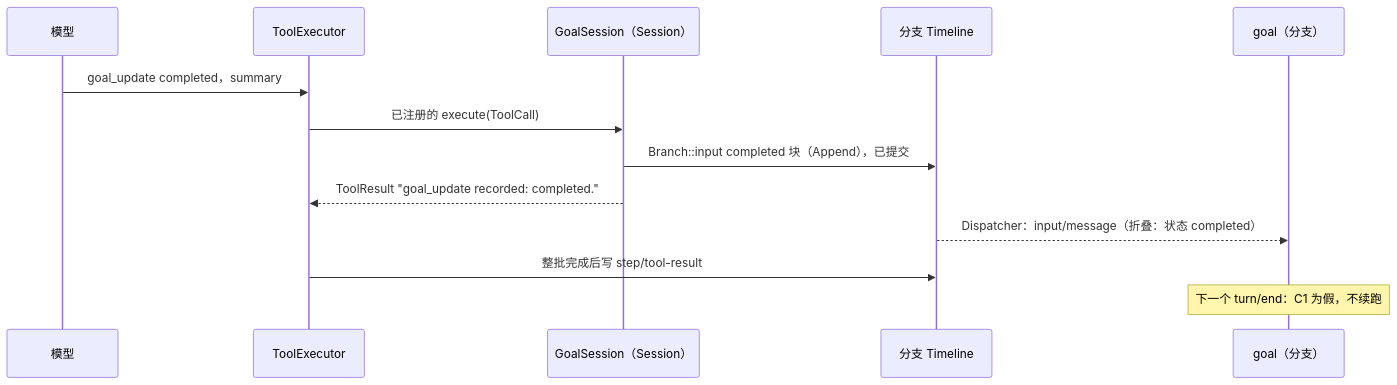
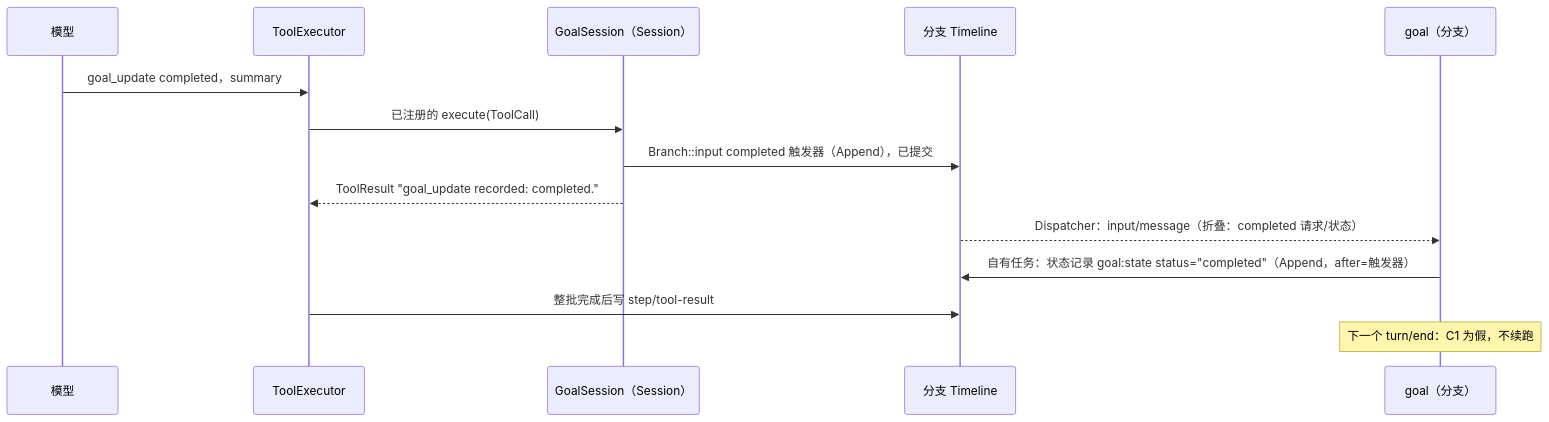
The fourth of 7 diagrams in docs/zh/design/plugins/Goal.md (CoutinhoTTS/dim-agent), drawn with Mermaid before and after one commit. The commit also changed other lines of this file and 23 other files, not shown here.

````diff
--- a/docs/zh/design/plugins/Goal.md
+++ b/docs/zh/design/plugins/Goal.md
@@ -135,15 +144,16 @@
 ```mermaid
 sequenceDiagram
   participant Model as 模型
   participant TE as ToolExecutor
   participant GS as GoalSession（Session）
   participant TL as 分支 Timeline
   participant G as goal（分支）
   Model->>TE: goal_update completed，summary
   TE->>GS: 已注册的 execute(ToolCall)
-  GS->>TL: Branch::input completed 块（Append），已提交
+  GS->>TL: Branch::input completed 触发器（Append），已提交
   GS-->>TE: ToolResult "goal_update recorded: completed."
-  TL-->>G: Dispatcher：input/message（折叠：状态 completed）
+  TL-->>G: Dispatcher：input/message（折叠：completed 请求/状态）
+  G->>TL: 自有任务：状态记录 goal:state status="completed"（Append，after=触发器）
   TE->>TL: 整批完成后写 step/tool-result
   Note over G: 下一个 turn/end：C1 为假，不续跑
 ```
````
